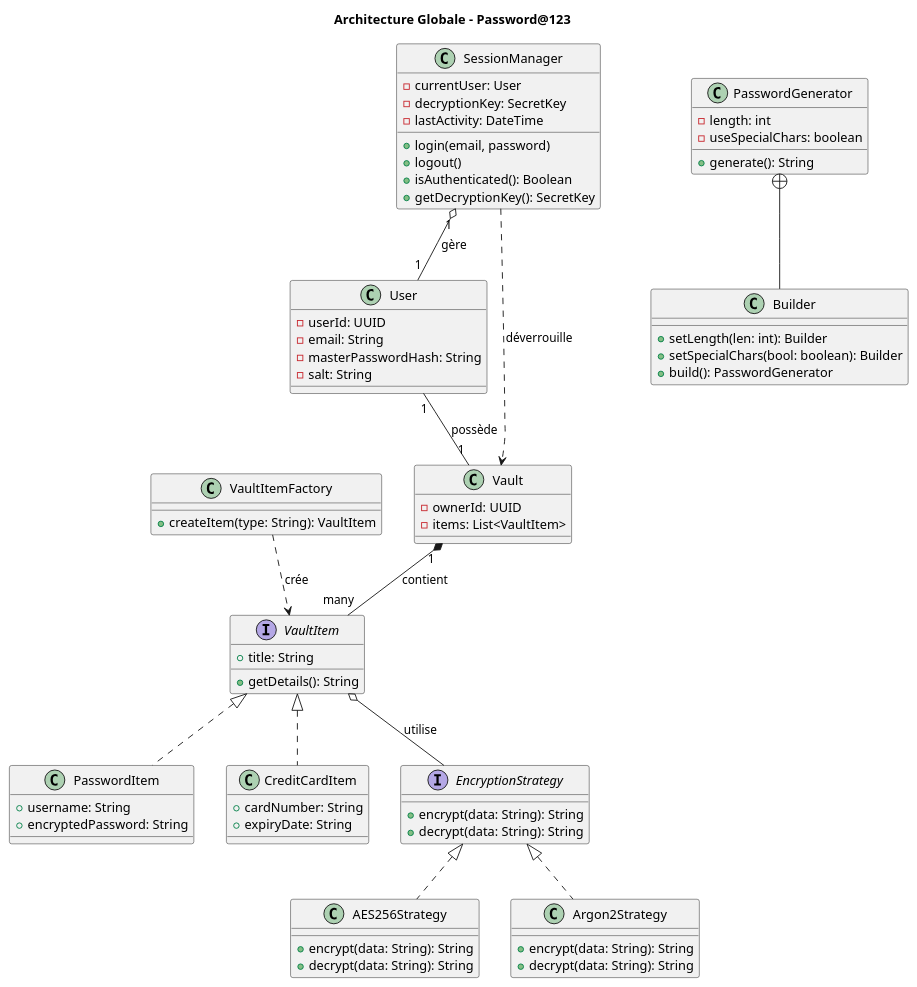
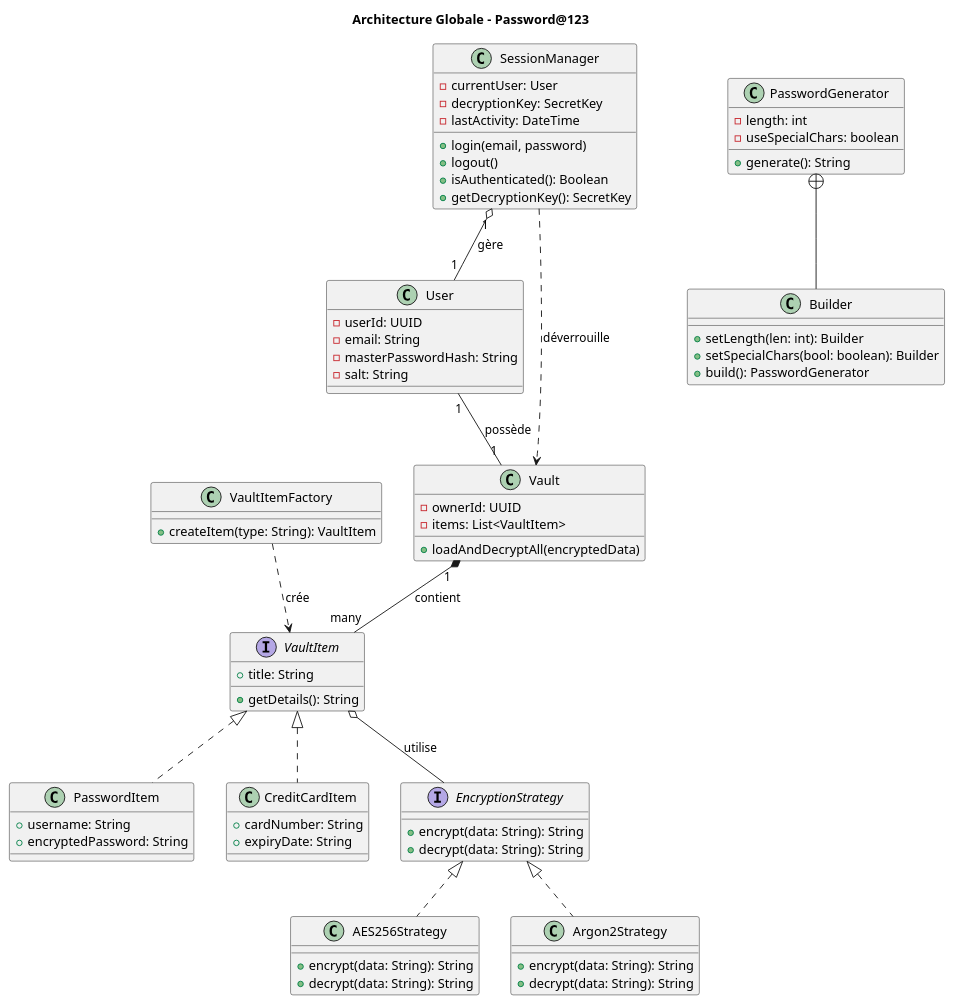
One commit to CPE-LYON-APICOT/projet-password-123 changed the first of 2 diagrams in docs/conception.md. Above: the diagram before and after it, drawn with PlantUML. The commit also changed other lines of this file, not shown here.

Commit message:
conception uml update

```diff
--- a/docs/conception.md
+++ b/docs/conception.md
@@ -84,6 +84,7 @@
 class Vault {
     - ownerId: UUID
     - items: List<VaultItem>
+    + loadAndDecryptAll(encryptedData)
 }
 
 ' --- Design Pattern: Factory (Vault Items) ---
```
